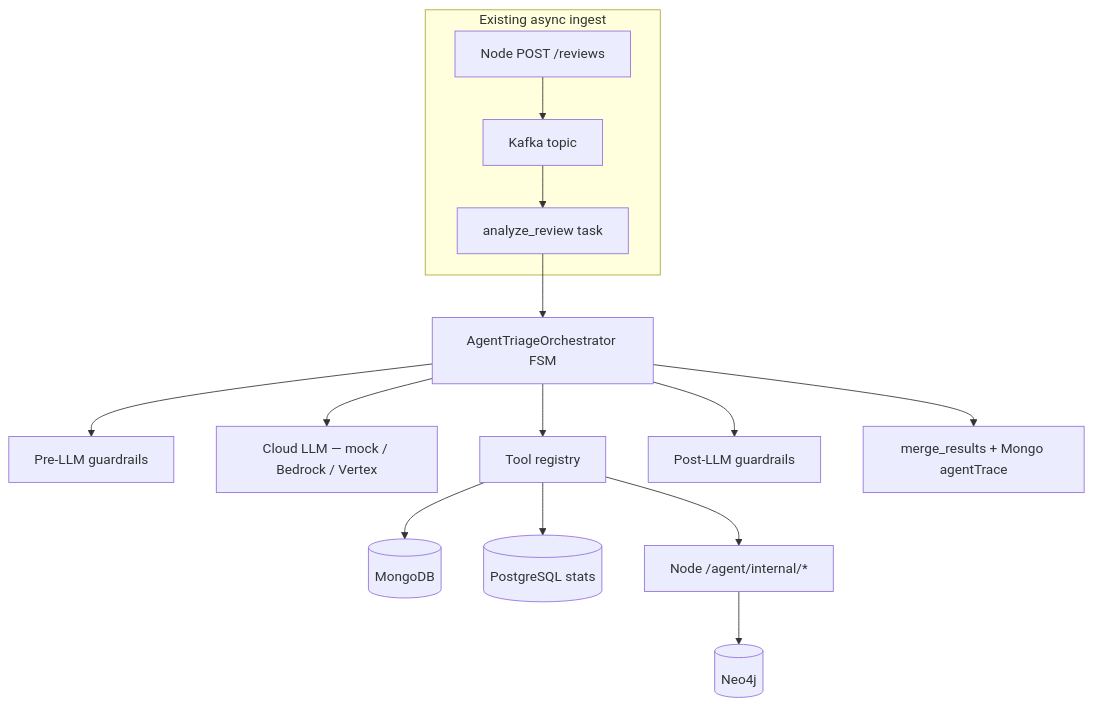
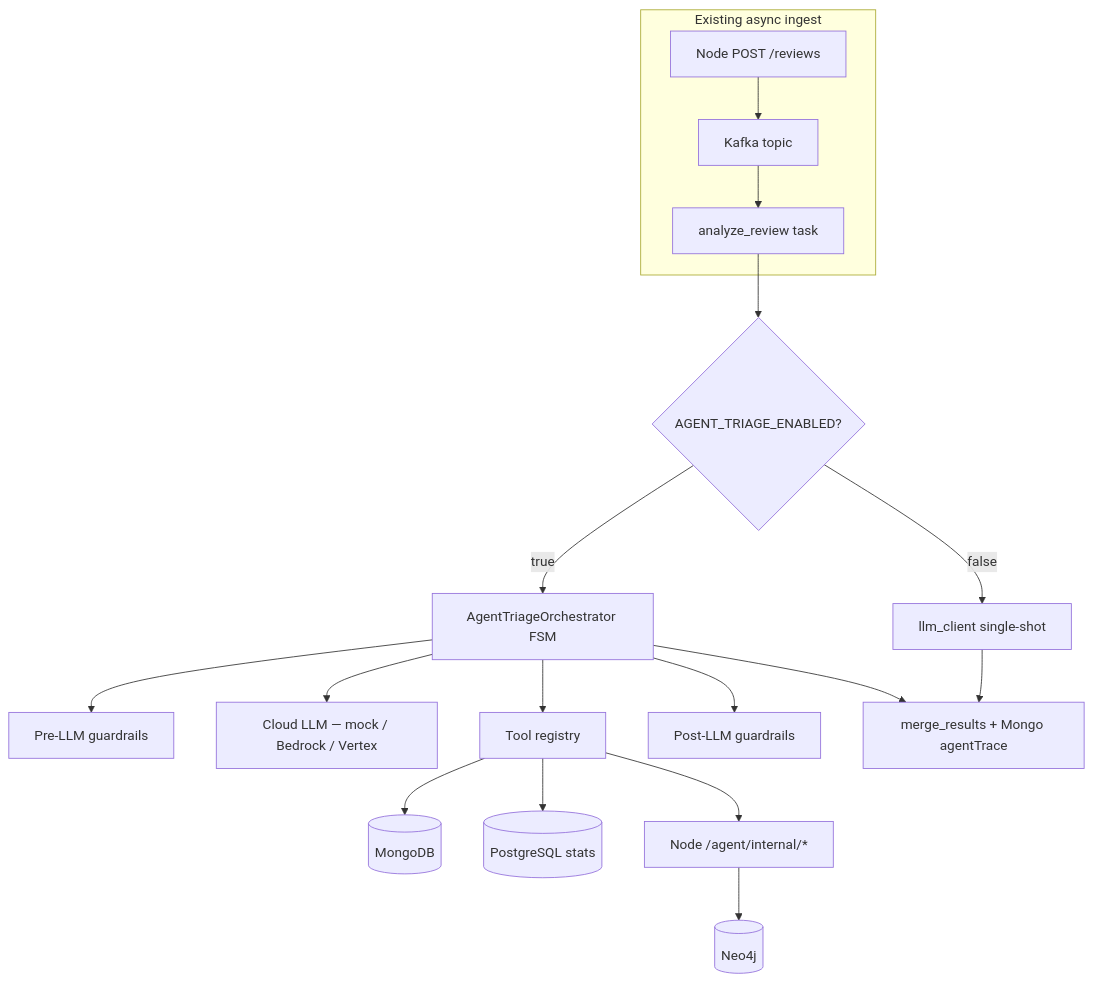
Before and after one commit to OferElboher/suspicious-email-triage: the diagram in docs/data_guide_agent_triage.md, drawn with Mermaid. The commit also changed other lines of this file, not shown here.

First line of the commit message:
Expand agent triage guide with glossary and workflow examples.

````diff
--- a/docs/data_guide_agent_triage.md
+++ b/docs/data_guide_agent_triage.md
@@ -27,17 +60,20 @@
 ```mermaid
 flowchart TB
   subgraph ingest["Existing async ingest"]
     API[Node POST /reviews] --> Kafka[Kafka topic]
     Kafka --> Celery[analyze_review task]
   end
-  Celery --> FSM[AgentTriageOrchestrator FSM]
+  Celery --> Gate{AGENT_TRIAGE_ENABLED?}
+  Gate -->|false| Legacy[llm_client single-shot]
+  Gate -->|true| FSM[AgentTriageOrchestrator FSM]
   FSM --> Pre[Pre-LLM guardrails]
   FSM --> Cloud[Cloud LLM — mock / Bedrock / Vertex]
   FSM --> Tools[Tool registry]
   Tools --> Mongo[(MongoDB)]
   Tools --> PG[(PostgreSQL stats)]
   Tools --> Node[Node /agent/internal/*]
   Node --> Neo4j[(Neo4j)]
   FSM --> Post[Post-LLM guardrails]
   FSM --> Merge[merge_results + Mongo agentTrace]
+  Legacy --> Merge
 ```
````
